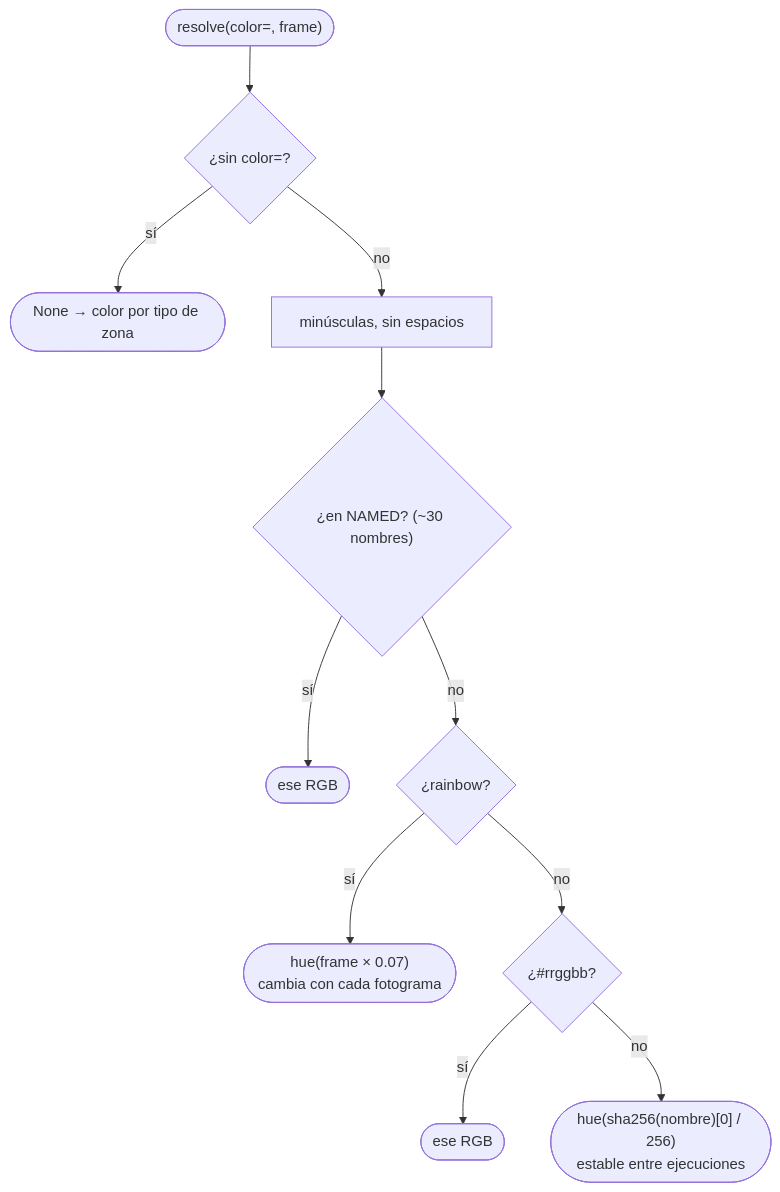
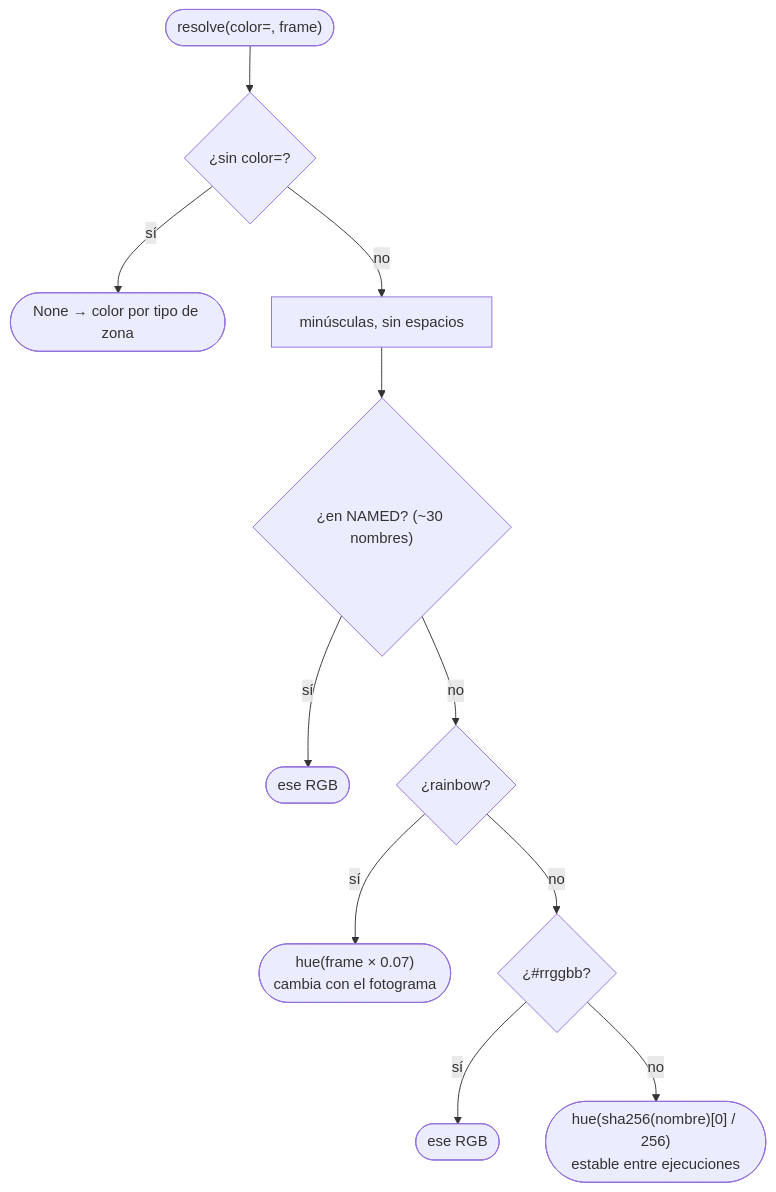
The first of 3 diagrams in entrega/diagramas/E.5-drone-color.md (0xARCOS/Fly-In), drawn with Mermaid before and after one commit. The commit also changed other lines of this file and 136 other files, not shown here.

````diff
--- a/entrega/diagramas/E.5-drone-color.md
+++ b/entrega/diagramas/E.5-drone-color.md
@@ -9,13 +11,13 @@
 ```mermaid
 flowchart TD
     A(["resolve(color=, frame)"]) --> N{"¿sin color=?"}
     N -->|"sí"| NONE(["None → color por tipo de zona"])
     N -->|"no"| K["minúsculas, sin espacios"]
     K --> T{"¿en NAMED? (~30 nombres)"}
     T -->|"sí"| RGB1(["ese RGB"])
     T -->|"no"| RB{"¿rainbow?"}
-    RB -->|"sí"| RGB2(["hue(frame × 0.07)<br/>cambia con cada fotograma"])
+    RB -->|"sí"| RGB2(["hue(frame × 0.07)<br/>cambia con el fotograma"])
     RB -->|"no"| HX{"¿#rrggbb?"}
     HX -->|"sí"| RGB3(["ese RGB"])
     HX -->|"no"| HS(["hue(sha256(nombre)[0] / 256)<br/>estable entre ejecuciones"])
 ```
````
